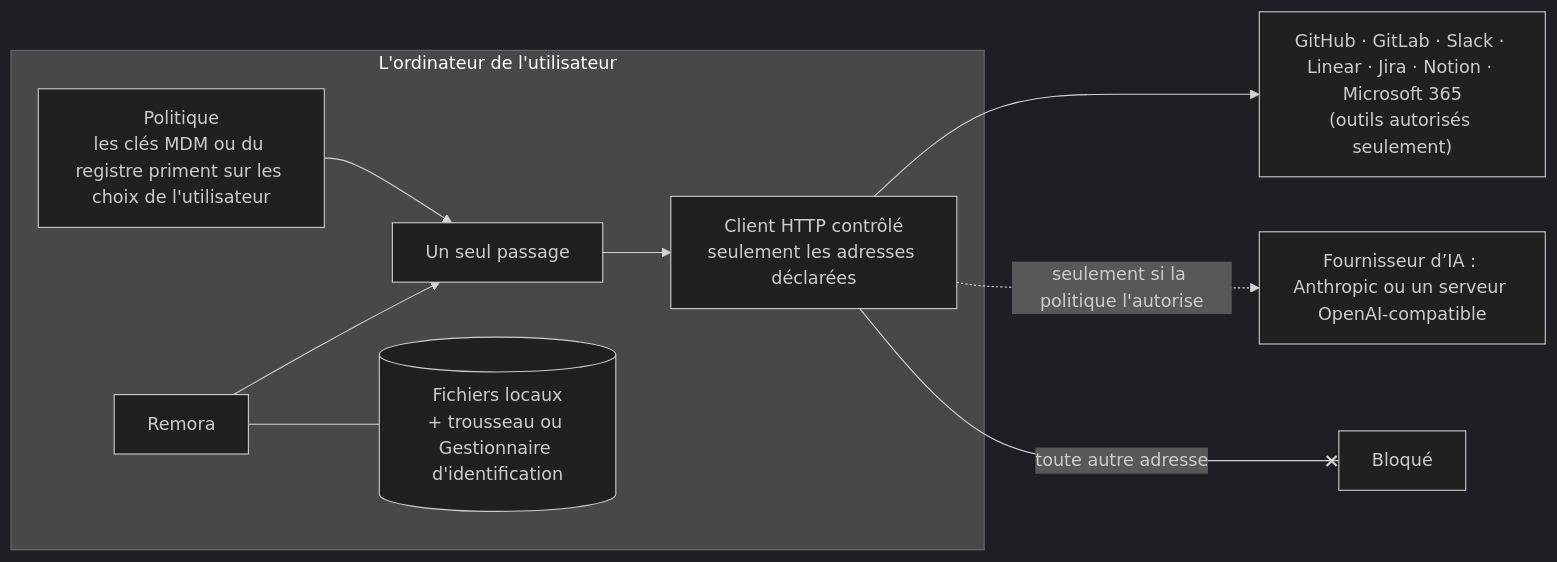
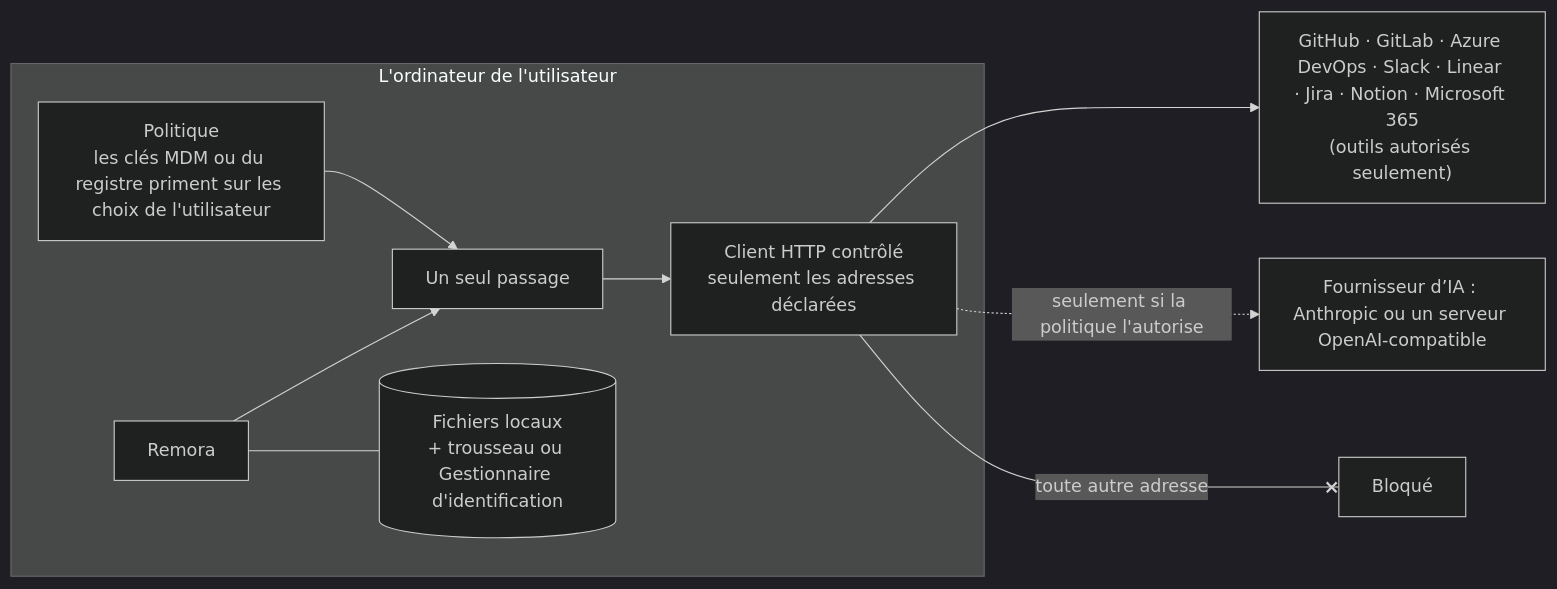
Before and after one commit to iGitScor/triage: the diagram in docs/fr/admin/index.md, drawn with Mermaid (dark theme). The commit also changed other lines of this file and 47 other files, not shown here.

First line of the commit message:
feat: Azure DevOps pull requests and work items (IDEA-04)

````diff
--- a/docs/fr/admin/index.md
+++ b/docs/fr/admin/index.md
@@ -28,13 +28,13 @@
 ```mermaid
 flowchart LR
   subgraph Computer["L'ordinateur de l'utilisateur"]
     UI["Remora"] --> Gate["Un seul passage"]
     Policy["Politique<br/>les clés MDM ou du registre priment sur les choix de l'utilisateur"] --> Gate
     Gate --> Client["Client HTTP contrôlé<br/>seulement les adresses déclarées"]
     Store[("Fichiers locaux<br/>+ trousseau ou Gestionnaire d'identification")]
     UI --- Store
   end
-  Client --> Tools["GitHub · GitLab · Slack · Linear · Jira · Notion · Microsoft 365<br/>(outils autorisés seulement)"]
+  Client --> Tools["GitHub · GitLab · Azure DevOps · Slack · Linear · Jira · Notion · Microsoft 365<br/>(outils autorisés seulement)"]
   Client -. "seulement si la politique l'autorise" .-> Claude["Fournisseur d’IA : Anthropic ou un serveur OpenAI-compatible"]
   Client -- "toute autre adresse" --x Blocked["Bloqué"]
 ```
````
